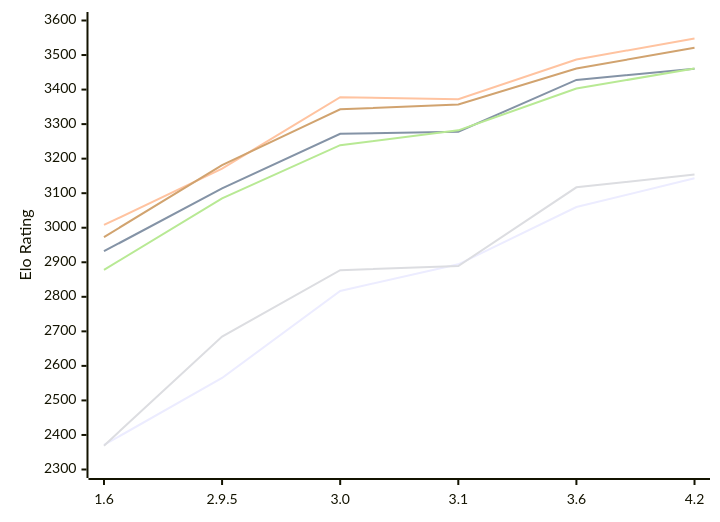
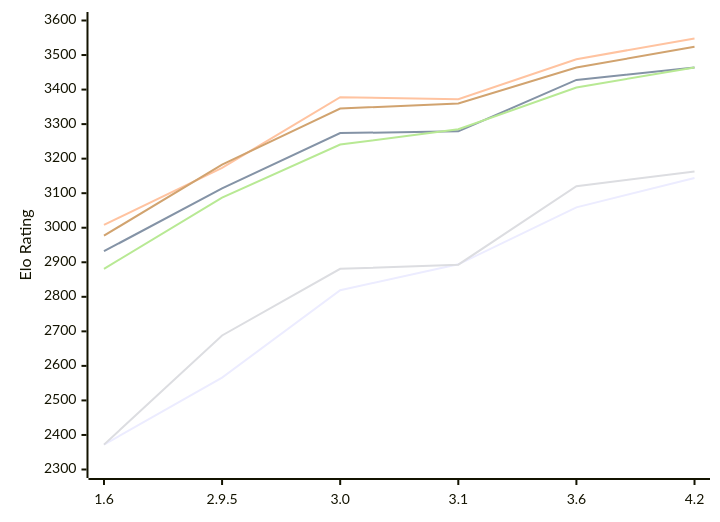
The diagram in engines/Chessenger.md (computer-chess-index/cci), drawn with Mermaid before and after one commit. The commit also changed other lines of this file, not shown here.

Commit message:
Update CCI Ratings (ELO VLTC) - 2026-11-24

````diff
--- a/engines/Chessenger.md
+++ b/engines/Chessenger.md
@@ -57,12 +57,12 @@
 ```mermaid
 %%{init: {"theme":"base","themeVariables":{"seriesColors:['#a3a3a3','#222221','#faa371']}}}%%
 xychart-beta
   x-axis ["1.6", "2.9.5", "3.0", "3.1", "3.6", "4.2"]
   y-axis "Elo Rating" 2300 --> 3600
-  line "E1: STC (8.0+0.08s)" [2371, 2565, 2817, 2894, 3060, 3143]
-  line "E1: LTC (60.0+0.60s)" [2932, 3114, 3272, 3278, 3428, 3460]
-  line "E1: VLTC (2m24s+1.12s)" [3008, 3171, 3378, 3372, 3487, 3548]
-  line "P1: STC (8.0+0.08s)" [2369, 2685, 2877, 2889, 3117, 3154]
-  line "P1: LTC (60.0+0.60s)" [2878, 3085, 3239, 3282, 3403, 3461]
-  line "P1: VLTC (2m24s+1.12s)" [2973, 3181, 3343, 3357, 3461, 3521]
+  line "E1: STC (8.0+0.08s)" [2372, 2566, 2819, 2894, 3059, 3144]
+  line "E1: LTC (60.0+0.60s)" [2932, 3114, 3274, 3279, 3428, 3464]
+  line "E1: VLTC (2m24s+1.12s)" [3008, 3173, 3378, 3372, 3488, 3548]
+  line "P1: STC (8.0+0.08s)" [2372, 2688, 2881, 2893, 3120, 3163]
+  line "P1: LTC (60.0+0.60s)" [2881, 3087, 3241, 3285, 3406, 3464]
+  line "P1: VLTC (2m24s+1.12s)" [2977, 3183, 3345, 3360, 3464, 3524]
 ```
````
